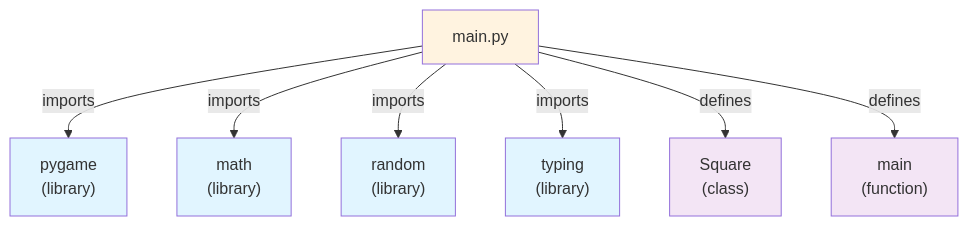
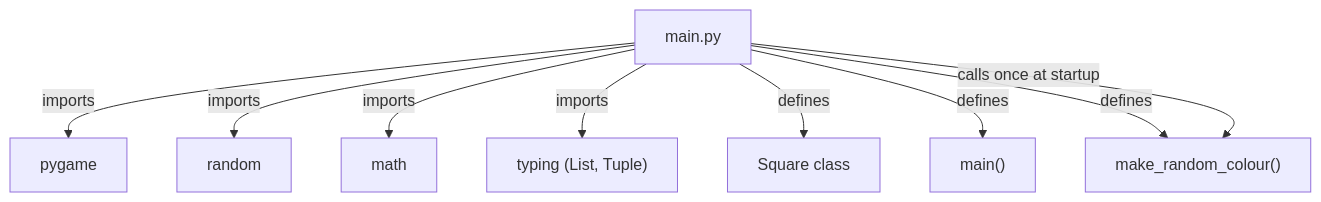
One commit to kevinotah/lab8-pygame changed the first of 4 diagrams in docs/architecture.md. Above: the diagram before and after it, drawn with Mermaid. The commit also changed other lines of this file and 5 other files, not shown here.

````diff
--- a/docs/architecture.md
+++ b/docs/architecture.md
@@ -11,25 +9,22 @@
 ```mermaid
 graph TD
-    PY["pygame<br/>(library)"]
-    MATH["math<br/>(library)"]
-    RANDOM["random<br/>(library)"]
-    TYPING["typing<br/>(library)"]
-    
     MAIN["main.py"]
-    
-    MAIN -->|imports| PY
-    MAIN -->|imports| MATH
-    MAIN -->|imports| RANDOM
-    MAIN -->|imports| TYPING
-    
-    MAIN -->|defines| SQUARE["Square<br/>(class)"]
-    MAIN -->|defines| MAIN_FUNC["main<br/>(function)"]
-    
-    style PY fill:#e1f5ff
-    style MATH fill:#e1f5ff
-    style RANDOM fill:#e1f5ff
-    style TYPING fill:#e1f5ff
-    style MAIN fill:#fff3e0
-    style SQUARE fill:#f3e5f5
-    style MAIN_FUNC fill:#f3e5f5
+    PYGAME["pygame"]
+    RANDOM["random"]
+    MATH["math"]
+    TYPING["typing (List, Tuple)"]
+    SQUARE["Square class"]
+    MAINFN["main()"]
+    COLORFN["make_random_colour()"]
+
+    MAIN -->|"imports"| PYGAME
+    MAIN -->|"imports"| RANDOM
+    MAIN -->|"imports"| MATH
+    MAIN -->|"imports"| TYPING
+
+    MAIN -->|"defines"| SQUARE
+    MAIN -->|"defines"| MAINFN
+    MAIN -->|"defines"| COLORFN
+
+    MAIN -->|"calls once at startup"| COLORFN
 ```
````
